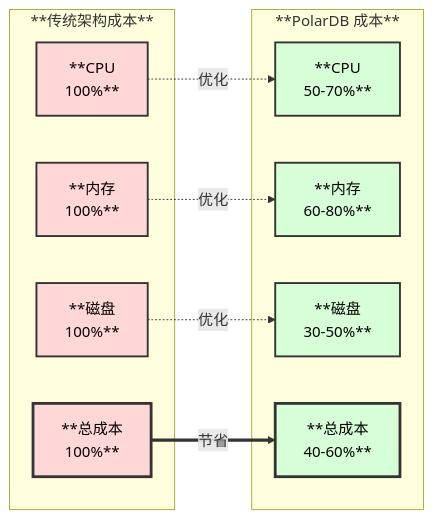
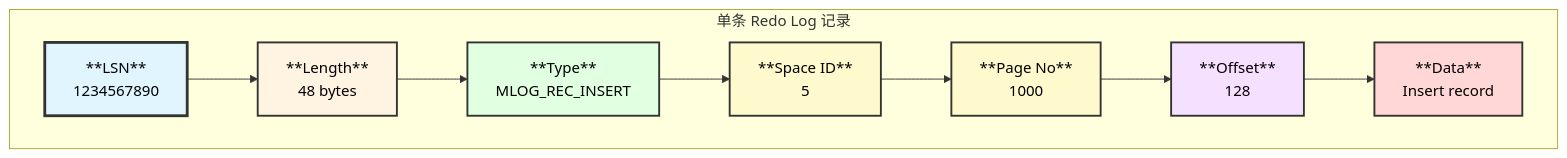
Before and after one commit to victor1589007281/percona-server: diagram 20 of 29 in vdocs/design/PolarDB_Architecture.md, drawn with Mermaid. The commit also changed other lines of this file and 141 other files, not shown here.

````diff
--- a/vdocs/design/PolarDB_Architecture.md
+++ b/vdocs/design/PolarDB_Architecture.md
@@ -594,30 +1434,27 @@
 ```mermaid
-graph LR
-    subgraph "**传统架构成本**"
-        A[**CPU<br/>100%**]
-        B[**内存<br/>100%**]
-        C[**磁盘<br/>100%**]
-        D[**总成本<br/>100%**]
+graph TB
+    subgraph "单条 Redo Log 记录"
+        A[**LSN**<br/>1234567890]
+        B[**Length**<br/>48 bytes]
+        C[**Type**<br/>MLOG_REC_INSERT]
+        D[**Space ID**<br/>5]
+        E[**Page No**<br/>1000]
+        F[**Offset**<br/>128]
+        G[**Data**<br/>Insert record]
     end
     
-    subgraph "**PolarDB 成本**"
-        E[**CPU<br/>50-70%**]
-        F[**内存<br/>60-80%**]
-        G[**磁盘<br/>30-50%**]
-        H[**总成本<br/>40-60%**]
-    end
+    A --> B
+    B --> C
+    C --> D
+    D --> E
+    E --> F
+    F --> G
     
-    A -.->|优化| E
-    B -.->|优化| F
-    C -.->|优化| G
-    D ==>|节省| H
-    
-    style A fill:#ffd7d7,stroke:#333,stroke-width:2px,color:#000
-    style B fill:#ffd7d7,stroke:#333,stroke-width:2px,color:#000
-    style C fill:#ffd7d7,stroke:#333,stroke-width:2px,color:#000
-    style D fill:#ffd7d7,stroke:#333,stroke-width:3px,color:#000
-    style E fill:#d7ffd7,stroke:#333,stroke-width:2px,color:#000
-    style F fill:#d7ffd7,stroke:#333,stroke-width:2px,color:#000
-    style G fill:#d7ffd7,stroke:#333,stroke-width:2px,color:#000
-    style H fill:#d7ffd7,stroke:#333,stroke-width:3px,color:#000
+    style A fill:#e1f5ff,stroke:#333,stroke-width:3px,color:#000
+    style B fill:#fff3e1,stroke:#333,stroke-width:2px,color:#000
+    style C fill:#e1ffe1,stroke:#333,stroke-width:2px,color:#000
+    style D fill:#fffacd,stroke:#333,stroke-width:2px,color:#000
+    style E fill:#fffacd,stroke:#333,stroke-width:2px,color:#000
+    style F fill:#f5e1ff,stroke:#333,stroke-width:2px,color:#000
+    style G fill:#ffd7d7,stroke:#333,stroke-width:2px,color:#000
 ```
````
